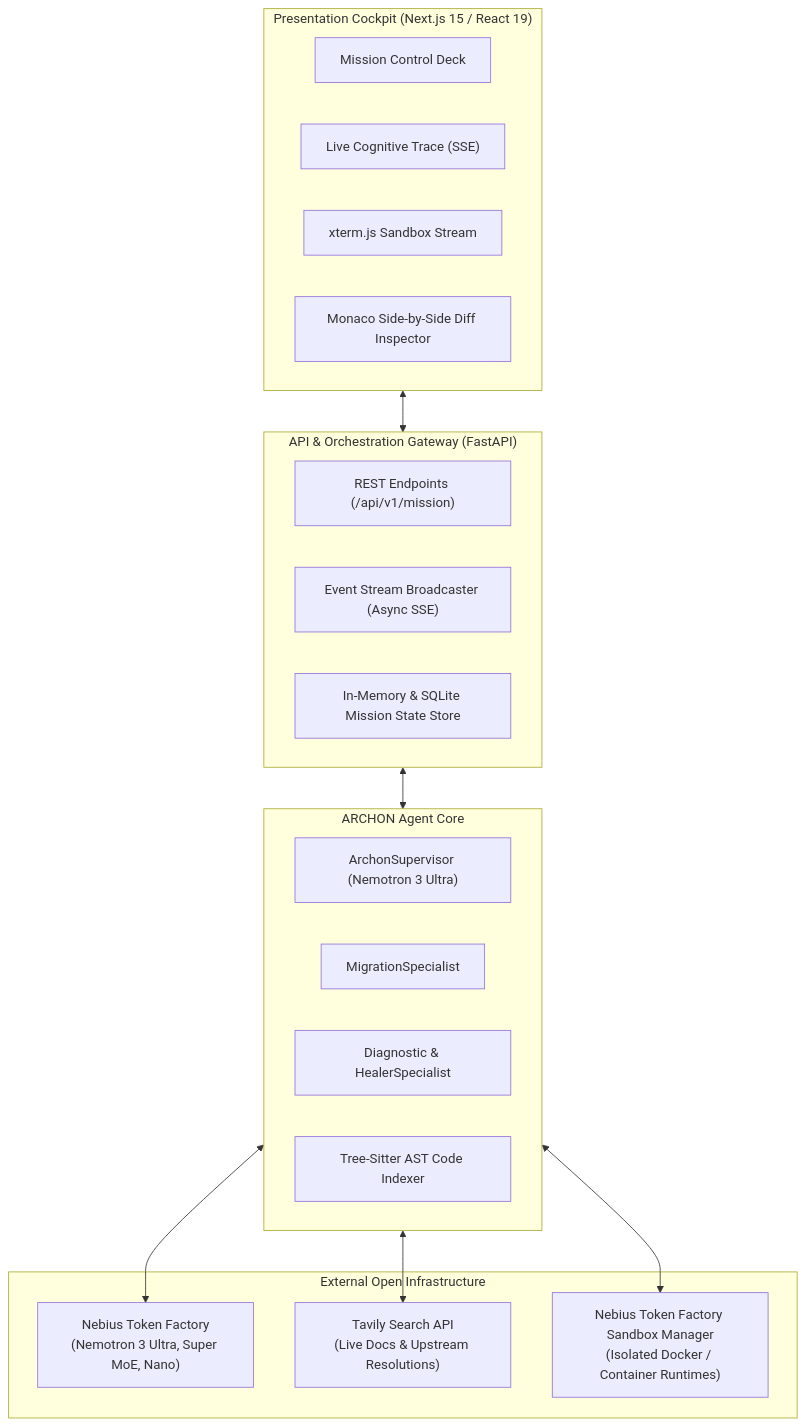
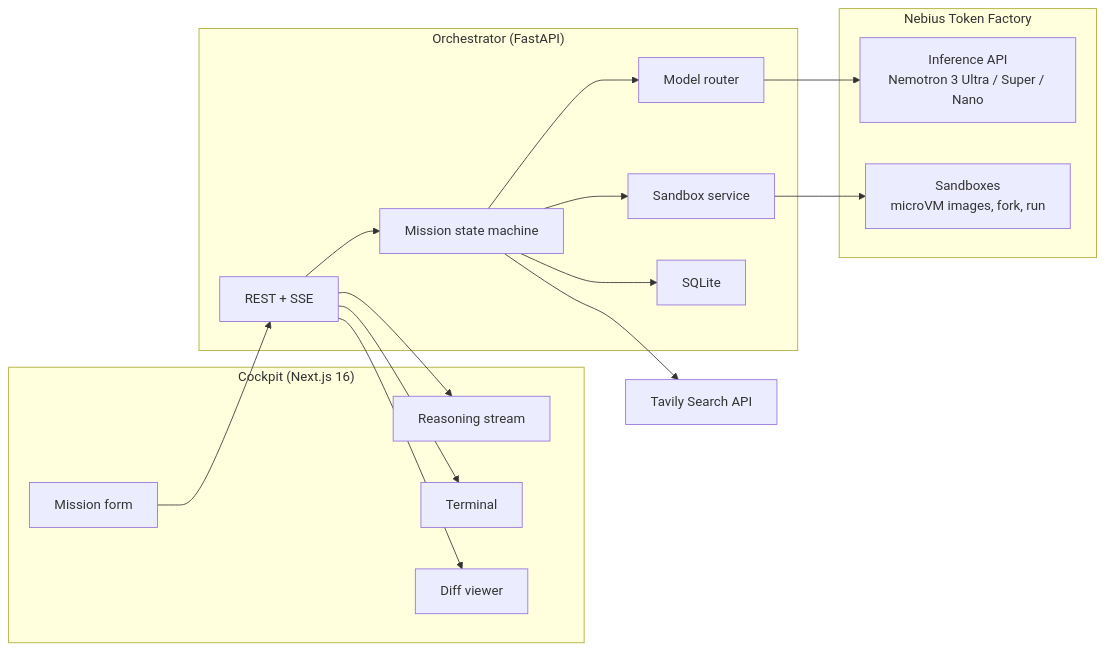
Before and after one commit to CodeWithEugene/Archon: the first of 3 diagrams in 0.docs/build/DESIGN.md, drawn with Mermaid. The commit also changed other lines of this file and 16 other files, not shown here.

````diff
--- a/0.docs/build/DESIGN.md
+++ b/0.docs/build/DESIGN.md
@@ -21,34 +22,33 @@
 ```mermaid
-flowchart TD
-    subgraph UI_Layer ["Presentation Cockpit (Next.js 15 / React 19)"]
-        Dashboard["Mission Control Deck"]
-        StreamView["Live Cognitive Trace (SSE)"]
-        TerminalComp["xterm.js Sandbox Stream"]
-        DiffEditor["Monaco Side-by-Side Diff Inspector"]
+flowchart LR
+    subgraph Cockpit ["Cockpit (Next.js 16)"]
+        Form["Mission form"]
+        Stream["Reasoning stream"]
+        Term["Terminal"]
+        Diff["Diff viewer"]
     end
 
-    subgraph API_Gateway ["API & Orchestration Gateway (FastAPI)"]
-        REST_API["REST Endpoints (/api/v1/mission)"]
-        SSE_Broadcaster["Event Stream Broadcaster (Async SSE)"]
-        StateStore["In-Memory & SQLite Mission State Store"]
+    subgraph Orchestrator ["Orchestrator (FastAPI)"]
+        API["REST + SSE"]
+        FSM["Mission state machine"]
+        Router["Model router"]
+        SBX["Sandbox service"]
+        DB["SQLite"]
     end
 
-    subgraph Agent_Core ["ARCHON Agent Core"]
-        Supervisor["ArchonSupervisor (Nemotron 3 Ultra)"]
-        Migrator["MigrationSpecialist"]
-        Healer["Diagnostic & HealerSpecialist"]
-        AST_Indexer["Tree-Sitter AST Code Indexer"]
+    subgraph TF ["Nebius Token Factory"]
+        Inference["Inference API<br/>Nemotron 3 Ultra / Super / Nano"]
+        Sandboxes["Sandboxes<br/>microVM images, fork, run"]
     end
 
-    subgraph External_Services ["External Open Infrastructure"]
-        TF_Inference["Nebius Token Factory\n(Nemotron 3 Ultra, Super MoE, Nano)"]
-        Tavily_Search["Tavily Search API\n(Live Docs & Upstream Resolutions)"]
-        Sandbox_Manager["Nebius Token Factory Sandbox Manager\n(Isolated Docker / Container Runtimes)"]
-    end
+    Tavily["Tavily Search API"]
 
-    UI_Layer <--> API_Gateway
-    API_Gateway <--> Agent_Core
-    Agent_Core <--> TF_Inference
-    Agent_Core <--> Tavily_Search
-    Agent_Core <--> Sandbox_Manager
+    Form --> API --> FSM
+    FSM --> Router --> Inference
+    FSM --> SBX --> Sandboxes
+    FSM --> Tavily
+    FSM --> DB
+    API --> Stream
+    API --> Term
+    API --> Diff
 ```
````
